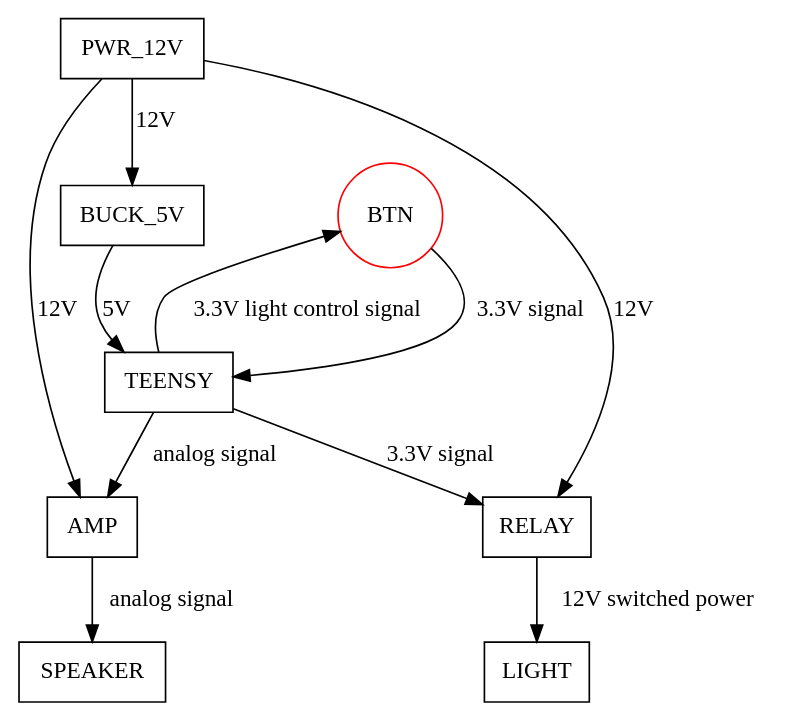
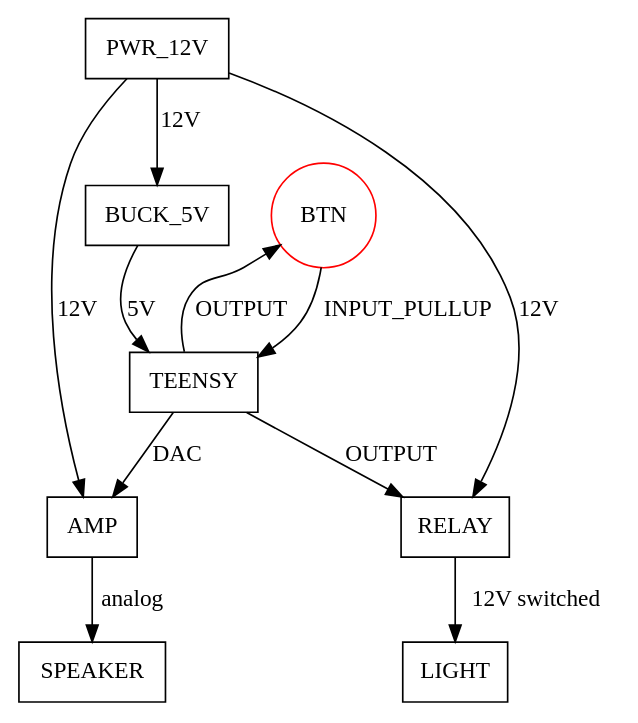
One commit to hatfield-lansdale-collective/movie-sign changed the diagram in movie_sign.dot. Above: the diagram before and after it, drawn with Graphviz. The commit also changed 1 other file, not shown here.

```diff
--- a/movie_sign.dot
+++ b/movie_sign.dot
@@ -1,14 +1,14 @@
 digraph MovieSign {
   node [shape="rect"]
   BTN [shape="circle", color="red"]
   PWR_12V -> AMP [label="12V"]
   PWR_12V -> BUCK_5V [label="12V"]
   PWR_12V -> RELAY [label="12V"]
   BUCK_5V -> TEENSY [label="5V"]
-  BTN -> TEENSY [label="3.3V signal"]
-  TEENSY -> AMP [label="analog signal"]
-  TEENSY -> RELAY [label="3.3V signal"]
-  RELAY -> LIGHT [label="12V switched power"]
-  TEENSY -> BTN [label="3.3V light control signal"]
-  AMP -> SPEAKER [label="analog signal"]
+  BTN -> TEENSY [label="INPUT_PULLUP"]
+  TEENSY -> AMP [label="DAC"]
+  TEENSY -> RELAY [label="OUTPUT"]
+  RELAY -> LIGHT [label="12V switched"]
+  TEENSY -> BTN [label="OUTPUT"]
+  AMP -> SPEAKER [label="analog"]
 }
```
